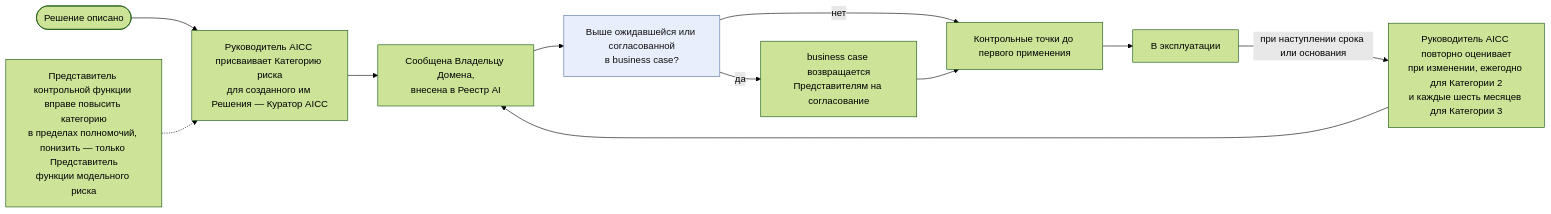
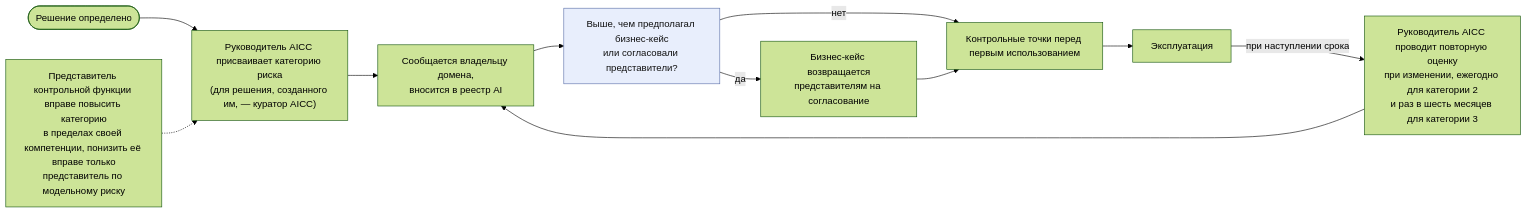
One commit to devhogu/ob-aicc changed the first of 3 diagrams in charter/ru/workflows/ai-risk-control.md. Above: the diagram before and after it, drawn with Mermaid (forest theme). The commit also changed other lines of this file and 7 other files, not shown here.

````diff
--- a/charter/ru/workflows/ai-risk-control.md
+++ b/charter/ru/workflows/ai-risk-control.md
@@ -21,15 +21,15 @@
 ```mermaid
 flowchart LR
-  DEF(["Решение описано"]) --> AS["Руководитель AICC присваивает Категорию риска<br/>для созданного им Решения — Куратор AICC"]
-  AS --> TELL["Сообщена Владельцу Домена,<br/>внесена в Реестр AI"]
-  TELL --> CASE["Выше ожидавшейся или согласованной<br/>в business case?"]
-  CASE -->|"да"| RET["business case возвращается<br/>Представителям на согласование"]
-  CASE -->|"нет"| GATES["Контрольные точки до первого применения"]
+  DEF(["Решение определено"]) --> AS["Руководитель AICC присваивает категорию риска<br/>(для решения, созданного им, — куратор AICC)"]
+  AS --> TELL["Сообщается владельцу домена,<br/>вносится в реестр AI"]
+  TELL --> CASE["Выше, чем предполагал бизнес-кейс<br/>или согласовали представители?"]
+  CASE -->|"да"| RET["Бизнес-кейс возвращается<br/>представителям на согласование"]
+  CASE -->|"нет"| GATES["Контрольные точки перед первым использованием"]
   RET --> GATES
-  GATES --> LIVE["В эксплуатации"]
-  LIVE -->|"при наступлении срока или основания"| RE["Руководитель AICC повторно оценивает<br/>при изменении, ежегодно для Категории 2<br/>и каждые шесть месяцев для Категории 3"]
+  GATES --> LIVE["Эксплуатация"]
+  LIVE -->|"при наступлении срока"| RE["Руководитель AICC проводит повторную оценку<br/>при изменении, ежегодно для категории 2<br/>и раз в шесть месяцев для категории 3"]
   RE --> TELL
-  CF["Представитель контрольной функции вправе повысить категорию<br/>в пределах полномочий, понизить — только Представитель<br/>функции модельного риска"] -.-> AS
+  CF["Представитель контрольной функции вправе повысить категорию<br/>в пределах своей компетенции, понизить её вправе только<br/>представитель по модельному риску"] -.-> AS
   classDef gate fill:#e8eefc,stroke:#5a6fa8,color:#111
   class CASE gate
 ```
````
